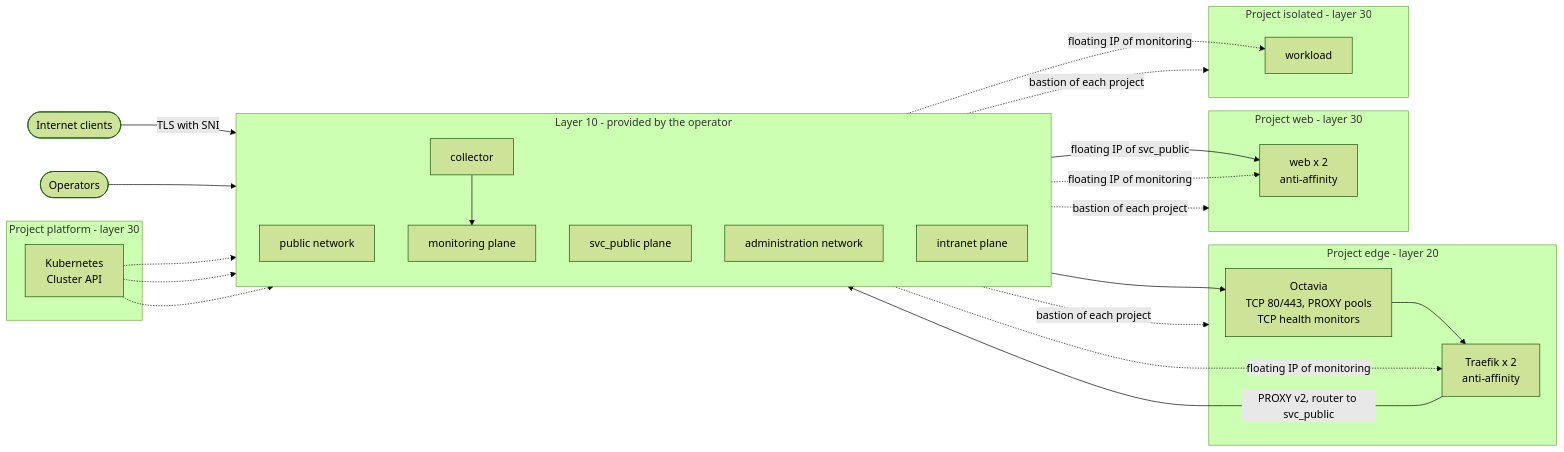
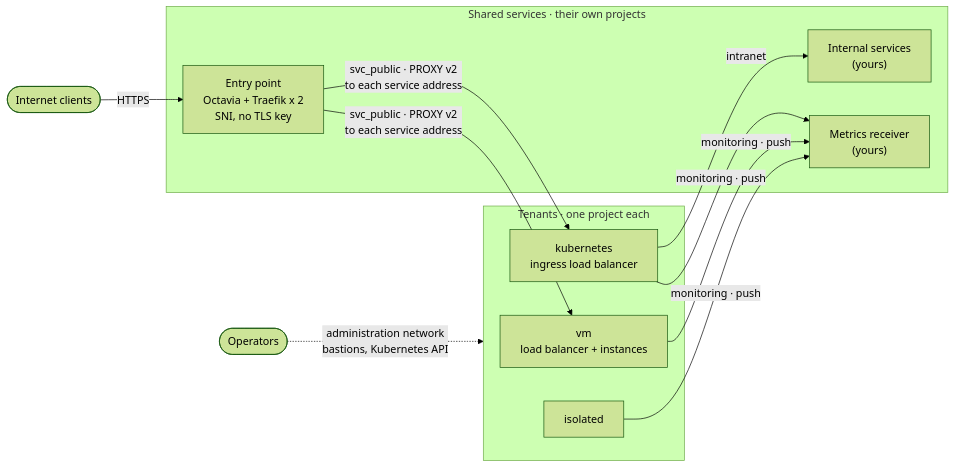
One commit to CyprisTech/openstack-multitenant-reference changed the first of 8 diagrams in docs/concepts/architecture.md. Above: the diagram before and after it, drawn with Mermaid (forest theme). The commit also changed other lines of this file and 67 other files, not shown here.

````diff
--- a/docs/concepts/architecture.md
+++ b/docs/concepts/architecture.md
@@ -14,42 +17,20 @@
 ```mermaid
 flowchart LR
     U(["Internet clients"])
     OPS(["Operators"])
-
-    subgraph L10["Layer 10 - provided by the operator"]
-        direction TB
-        PUB["public network"]
-        SVC["svc_public plane"]
-        MON["monitoring plane"]
-        ADM["administration network"]
-        COL["collector"]
-        INT["intranet plane"]
+    subgraph SHARED["Shared services · their own projects"]
+        EP["Entry point<br/>Octavia + Traefik x 2<br/>SNI, no TLS key"]
+        RCV["Metrics receiver<br/>(yours)"]
+        SVC["Internal services<br/>(yours)"]
     end
-
-    subgraph EDGE["Project edge - layer 20"]
-        LB["Octavia<br/>TCP 80/443, PROXY pools<br/>TCP health monitors"]
-        T["Traefik x 2<br/>anti-affinity"]
-        LB --> T
+    subgraph TENANTS["Tenants · one project each"]
+        W["vm<br/>load balancer + instances"]
+        K["kubernetes<br/>ingress load balancer"]
+        I["isolated"]
     end
-
-    subgraph WEB["Project web - layer 30"]
-        W["web x 2<br/>anti-affinity"]
-    end
-
-    subgraph ISO["Project isolated - layer 30"]
-        J["workload"]
-    end
-
-    subgraph PLAT["Project platform - layer 30"]
-        K["Kubernetes<br/>Cluster API"]
-    end
-
-    U -->|"TLS with SNI"| PUB --> LB
-    T -->|"PROXY v2, router to svc_public"| SVC
-    SVC -->|"floating IP of svc_public"| W
-    COL --> MON
-    MON -.->|"floating IP of monitoring"| T & W & J
-    OPS --> ADM -.->|"bastion of each project"| EDGE & WEB & ISO
-    K -.-> SVC & INT & MON
-
+    U -->|"HTTPS"| EP
+    EP -->|"svc_public · PROXY v2<br/>to each service address"| W & K
+    W & K & I -->|"monitoring · push"| RCV
+    K -->|"intranet"| SVC
+    OPS -.->|"administration network<br/>bastions, Kubernetes API"| TENANTS
 ```
````
